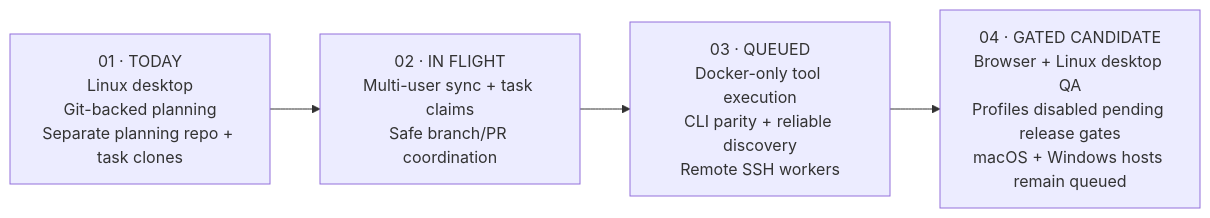
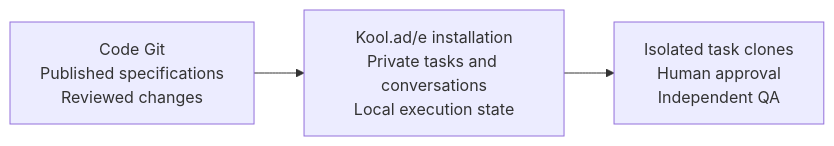
One commit to zbarno/kool.ade changed the diagram in README.md. Above: the diagram before and after it, drawn with Mermaid. The commit also changed other lines of this file and 1042 other files, not shown here.

Commit message:
feat: move specs to code Git and tasks to private storage

````diff
--- a/README.md
+++ b/README.md
@@ -441,6 +430,5 @@
 ```mermaid
 flowchart LR
-    A["01 · TODAY<br/>Linux desktop<br/>Git-backed planning<br/>Separate planning repo + task clones"] --> B["02 · IN FLIGHT<br/>Multi-user sync + task claims<br/>Safe branch/PR coordination"]
-    B --> C["03 · QUEUED<br/>Docker-only tool execution<br/>CLI parity + reliable discovery<br/>Remote SSH workers"]
-    C --> D["04 · GATED CANDIDATE<br/>Browser + Linux desktop QA<br/>Profiles disabled pending release gates<br/>macOS + Windows hosts remain queued"]
+    A["Code Git<br/>Published specifications<br/>Reviewed changes"] --> C["Kool.ad/e installation<br/>Private tasks and conversations<br/>Local execution state"]
+    C --> D["Isolated task clones<br/>Human approval<br/>Independent QA"]
 ```
````
